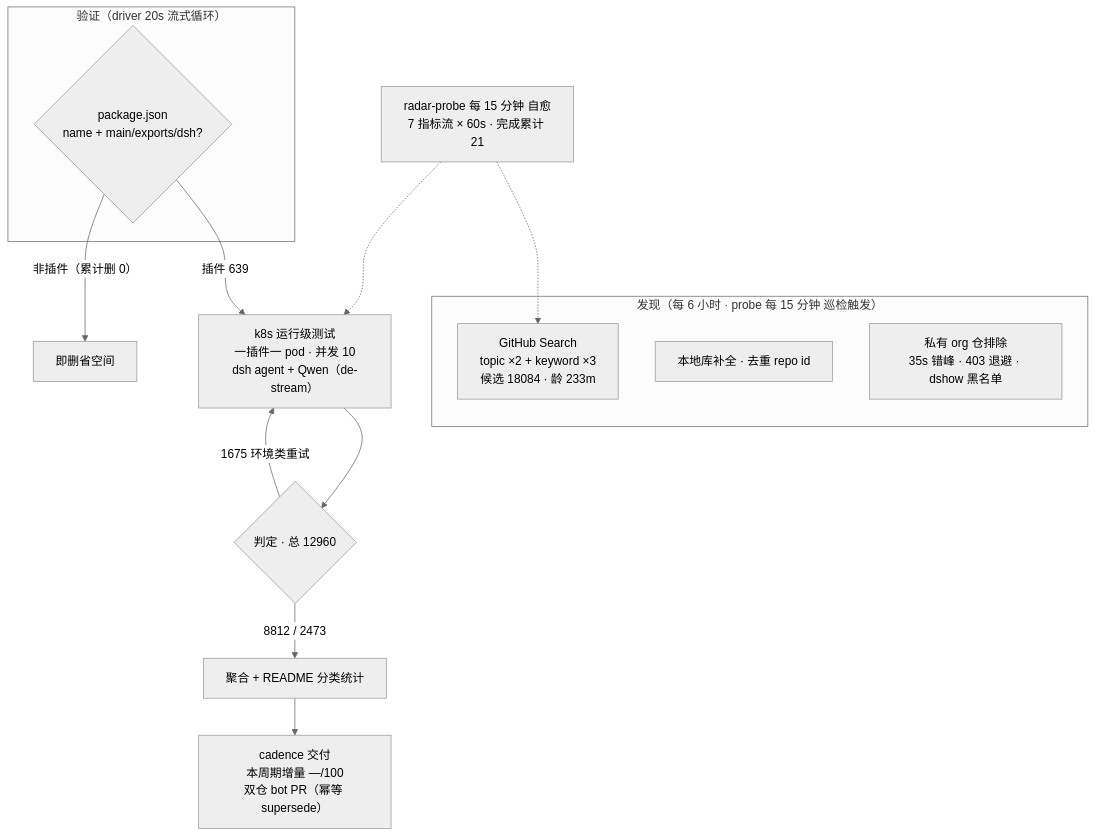
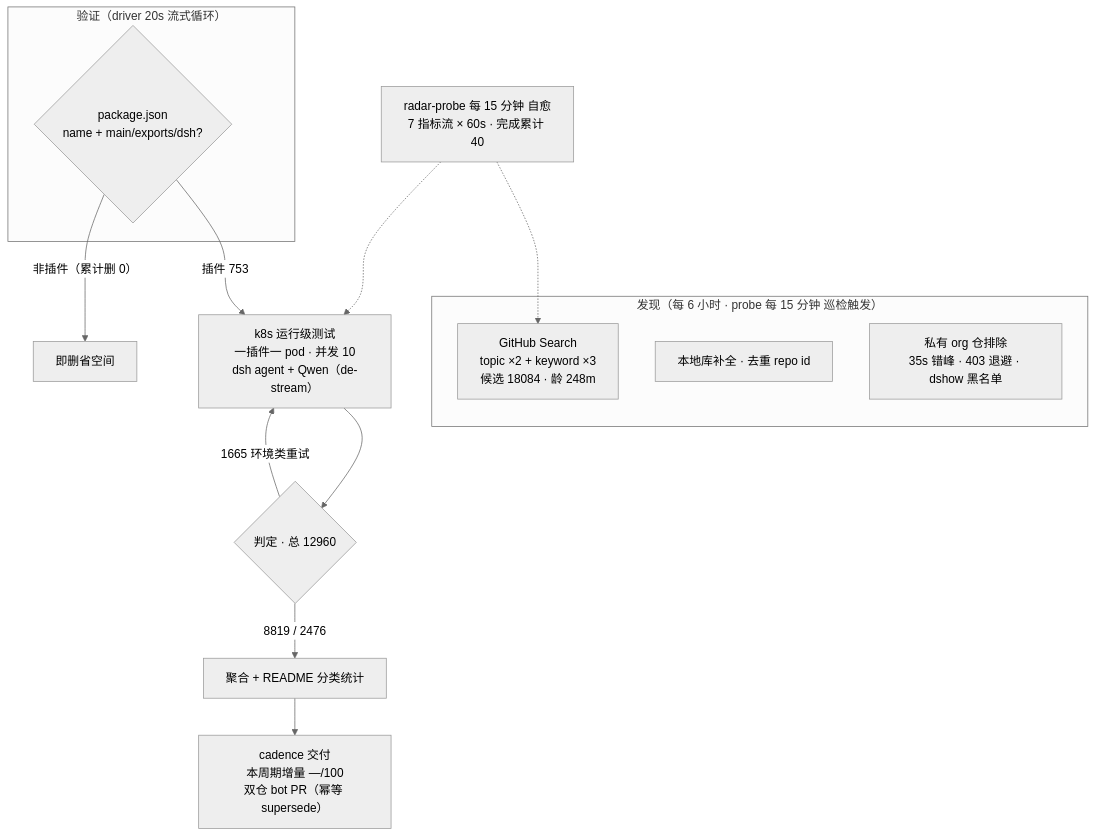
Before and after one commit to AdamPlatin123/awesome-dsh-plugins: the diagram in README.md, drawn with Mermaid (neutral theme). The commit also changed other lines of this file and 5 other files, not shown here.

````diff
--- a/README.md
+++ b/README.md
@@ -52,20 +52,20 @@
 ```mermaid
 flowchart TB
     subgraph Discovery["发现（每 6 小时 · probe 每 15 分钟 巡检触发）"]
-        A1["GitHub Search<br/>topic ×2 + keyword ×3<br/>候选 18084 · 龄 233m"]
+        A1["GitHub Search<br/>topic ×2 + keyword ×3<br/>候选 18084 · 龄 248m"]
         A2["本地库补全 · 去重 repo id"]
         A3["私有 org 仓排除<br/>35s 错峰 · 403 退避 · dshow 黑名单"]
     end
     subgraph Validation["验证（driver 20s 流式循环）"]
         B1{"package.json<br/>name + main/exports/dsh?"}
     end
-    B1 -->|"插件 639"| C1["k8s 运行级测试<br/>一插件一 pod · 并发 10<br/>dsh agent + Qwen（de-stream）"]
+    B1 -->|"插件 753"| C1["k8s 运行级测试<br/>一插件一 pod · 并发 10<br/>dsh agent + Qwen（de-stream）"]
     B1 -->|"非插件（累计删 0）"| B3["即删省空间"]
     C1 --> D1{"判定 · 总 12960"}
-    D1 -->|"8812 / 2473"| E1["聚合 + README 分类统计"]
-    D1 -->|"1675 环境类重试"| C1
+    D1 -->|"8819 / 2476"| E1["聚合 + README 分类统计"]
+    D1 -->|"1665 环境类重试"| C1
     E1 --> E2["cadence 交付<br/>本周期增量 —/100<br/>双仓 bot PR（幂等 supersede）"]
-    M["radar-probe 每 15 分钟 自愈<br/>7 指标流 × 60s · 完成累计 21"]
+    M["radar-probe 每 15 分钟 自愈<br/>7 指标流 × 60s · 完成累计 40"]
     M -.-> A1
     M -.-> C1
 ```
````
